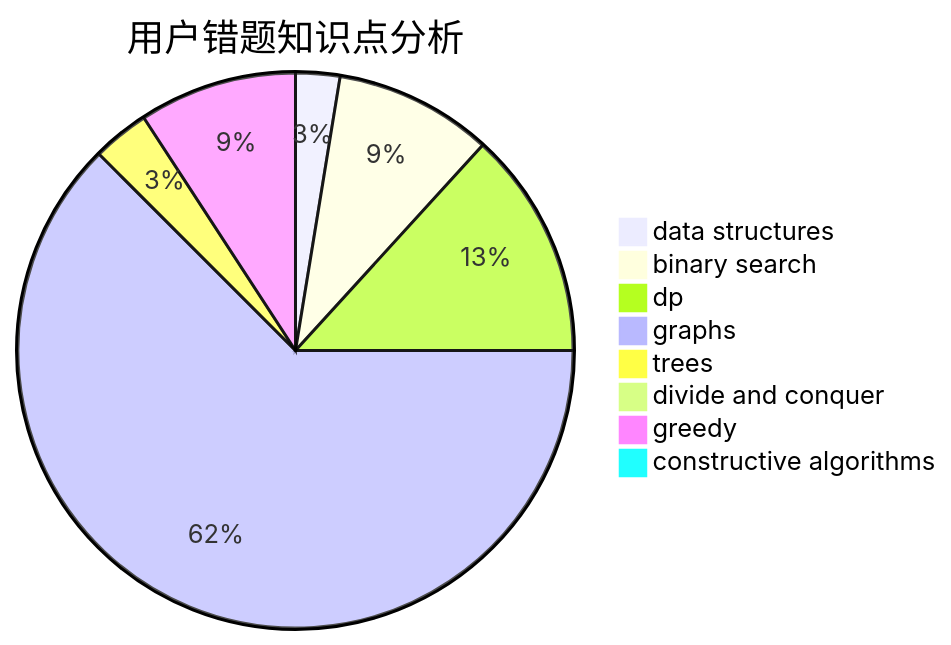
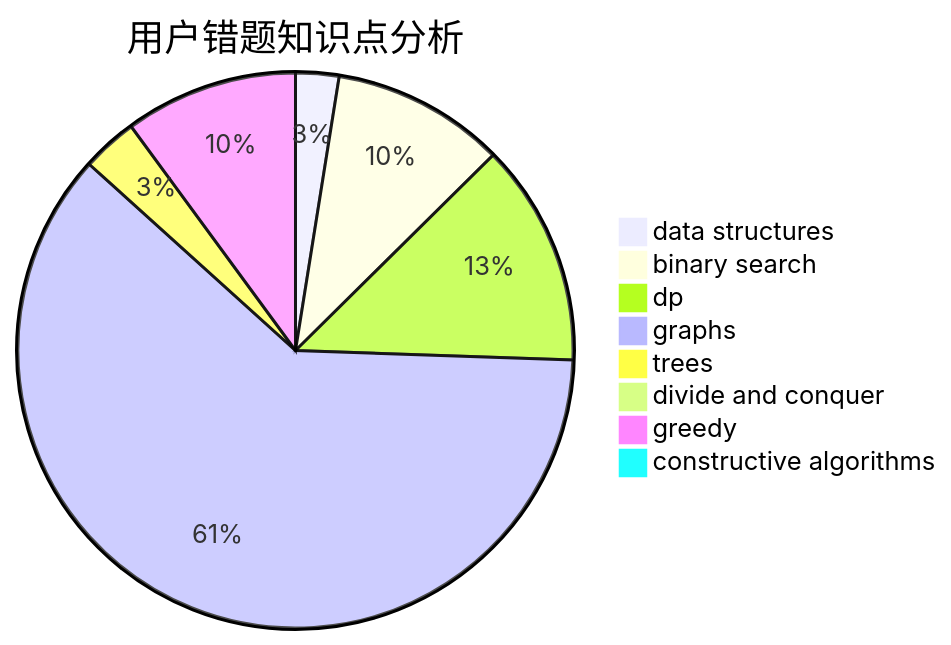
The third of 3 diagrams in docs/user/u1981.md (sherpahu/cfrs.github.io), drawn with Mermaid before and after one commit. The commit also changed other lines of this file and 2770 other files, not shown here.

````diff
--- a/docs/user/u1981.md
+++ b/docs/user/u1981.md
@@ -36,11 +36,11 @@
 ```mermaid
 pie title 用户错题知识点分析
     "data structures" :  7
-    "binary search" :  25
+    "binary search" :  28
     "dp" :  36
     "graphs" :  170
     "trees" :  9
     "divide and conquer" :  0
-    "greedy" :  25
+    "greedy" :  28
     "constructive algorithms" :  1
 ```
````
